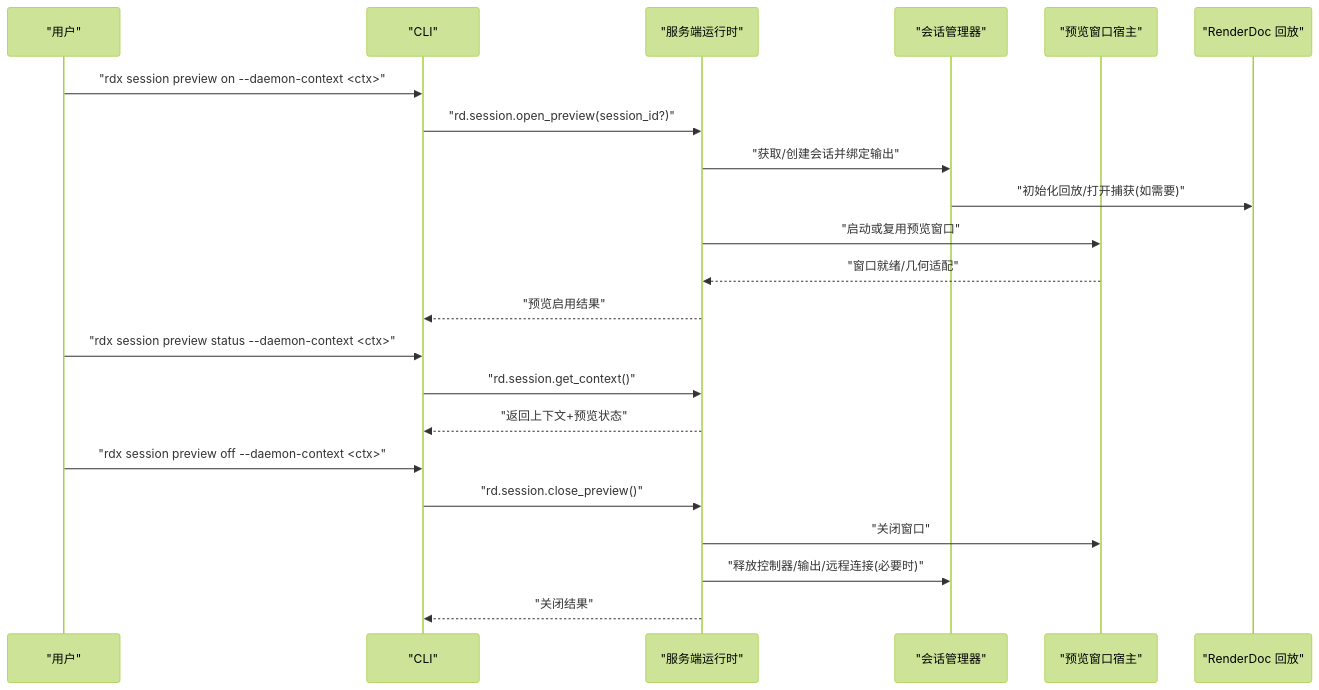
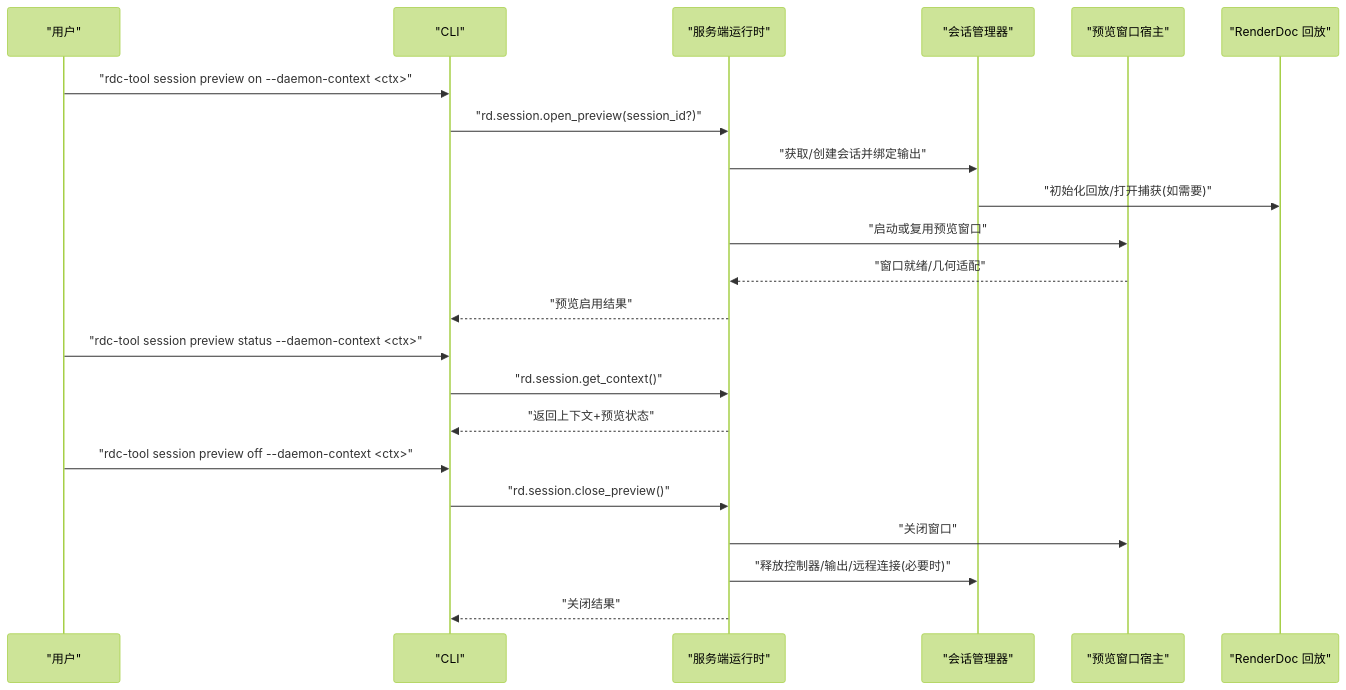
One commit to haolange/RDC-Tool changed the second of 8 diagrams in .qoder/repowiki/zh/content/CLI参考手册/会话管理命令.md. Above: the diagram before and after it, drawn with Mermaid (forest theme). The commit also changed other lines of this file and 388 other files, not shown here.

First line of the commit message:
Release RDC-Tool identity and public maintenance surface

````diff
--- a/.qoder/repowiki/zh/content/CLI参考手册/会话管理命令.md
+++ b/.qoder/repowiki/zh/content/CLI参考手册/会话管理命令.md
@@ -87,24 +87,24 @@
 ```mermaid
 sequenceDiagram
 participant U as "用户"
 participant C as "CLI"
 participant S as "服务端运行时"
 participant M as "会话管理器"
 participant P as "预览窗口宿主"
 participant R as "RenderDoc 回放"
-U->>C : "rdx session preview on --daemon-context <ctx>"
+U->>C : "rdc-tool session preview on --daemon-context <ctx>"
 C->>S : "rd.session.open_preview(session_id?)"
 S->>M : "获取/创建会话并绑定输出"
 M->>R : "初始化回放/打开捕获(如需要)"
 S->>P : "启动或复用预览窗口"
 P-->>S : "窗口就绪/几何适配"
 S-->>C : "预览启用结果"
-U->>C : "rdx session preview status --daemon-context <ctx>"
+U->>C : "rdc-tool session preview status --daemon-context <ctx>"
 C->>S : "rd.session.get_context()"
 S-->>C : "返回上下文+预览状态"
-U->>C : "rdx session preview off --daemon-context <ctx>"
+U->>C : "rdc-tool session preview off --daemon-context <ctx>"
 C->>S : "rd.session.close_preview()"
 S->>P : "关闭窗口"
 S->>M : "释放控制器/输出/远程连接(必要时)"
 S-->>C : "关闭结果"
 ```
````
